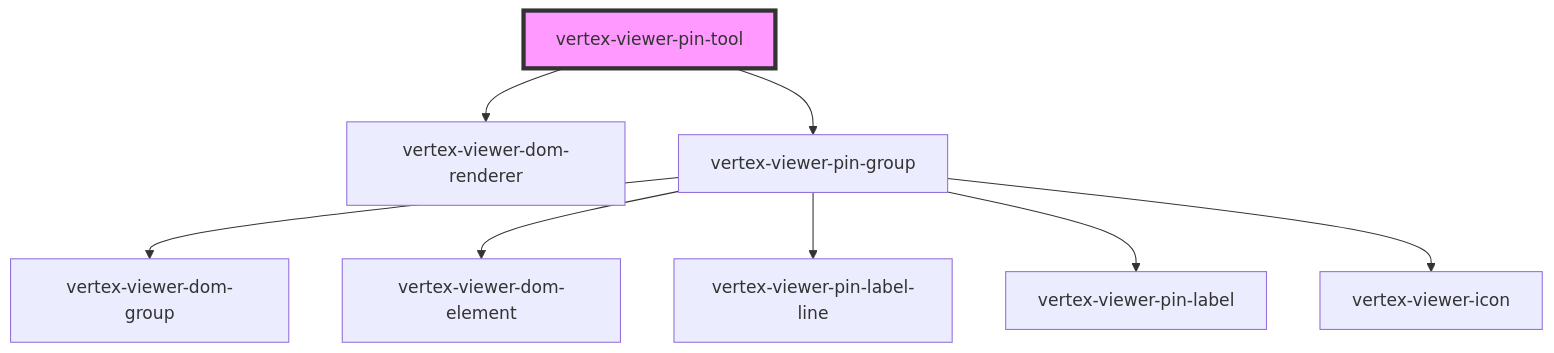
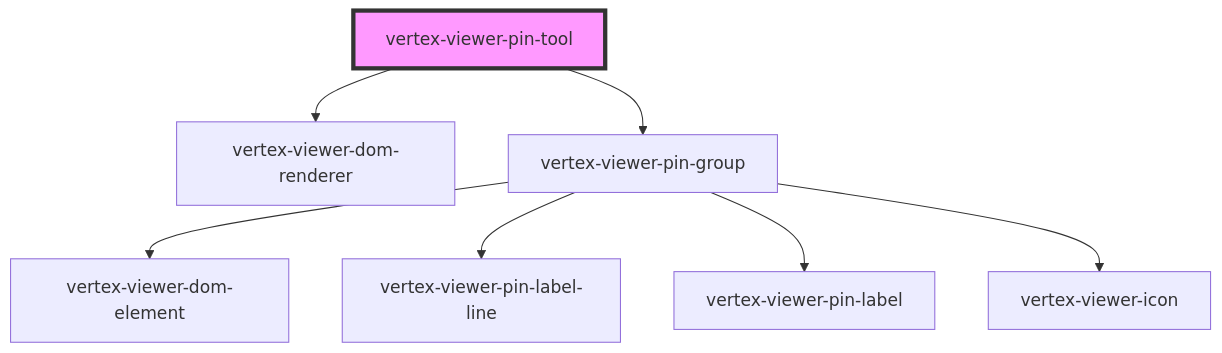
Before and after one commit to Vertexvis/vertex-web-sdk: the diagram in packages/viewer/src/components/viewer-pin-tool/readme.md, drawn with Mermaid. The commit also changed 5 other files, not shown here.

````diff
--- a/packages/viewer/src/components/viewer-pin-tool/readme.md
+++ b/packages/viewer/src/components/viewer-pin-tool/readme.md
@@ -59,11 +59,10 @@
 ```mermaid
 graph TD;
   vertex-viewer-pin-tool --> vertex-viewer-dom-renderer
   vertex-viewer-pin-tool --> vertex-viewer-pin-group
-  vertex-viewer-pin-group --> vertex-viewer-dom-group
   vertex-viewer-pin-group --> vertex-viewer-dom-element
   vertex-viewer-pin-group --> vertex-viewer-pin-label-line
   vertex-viewer-pin-group --> vertex-viewer-pin-label
   vertex-viewer-pin-group --> vertex-viewer-icon
   style vertex-viewer-pin-tool fill:#f9f,stroke:#333,stroke-width:4px
 ```
````
